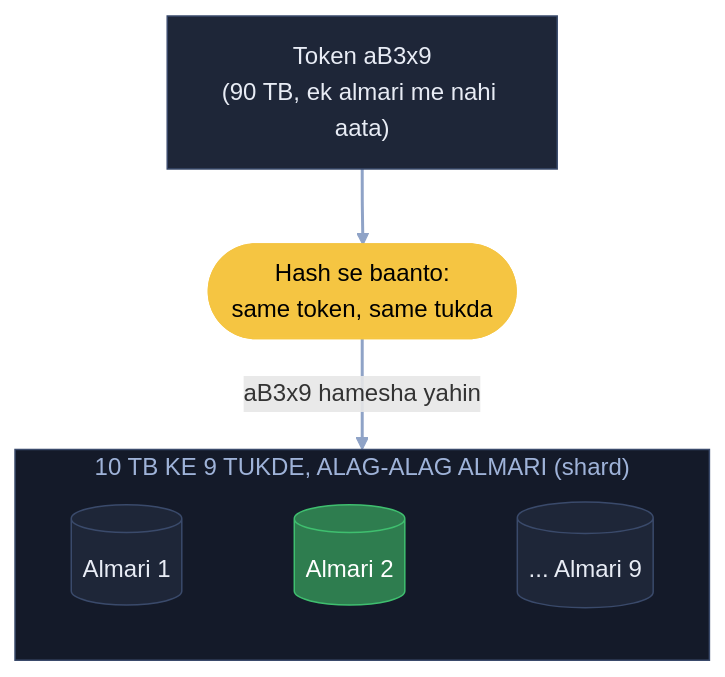
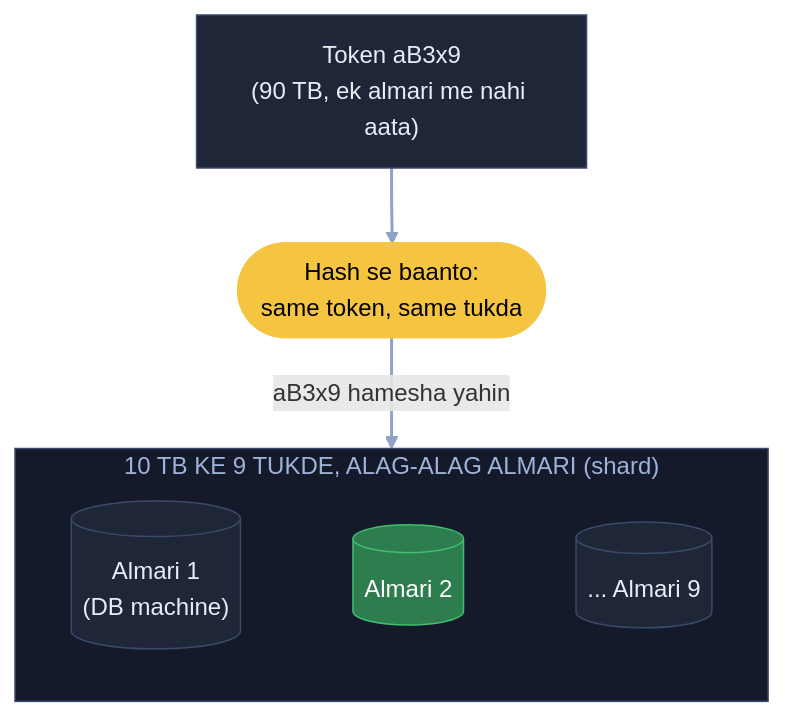
One commit to ArpanMaheshwari144/Prep changed the eighth of 14 diagrams in 04_HLD/SYSTEM_DESIGNS/01_url_shortener/01_url_shortener.md. Above: the diagram before and after it, drawn with Mermaid. The commit also changed other lines of this file and 1 other file, not shown here.

Commit message:
URL main = hand notes + har kadam ka diagram (kahani shabd, bracket me naam); build_main.py se banti

````diff
--- a/04_HLD/SYSTEM_DESIGNS/01_url_shortener/01_url_shortener.md
+++ b/04_HLD/SYSTEM_DESIGNS/01_url_shortener/01_url_shortener.md
@@ -297,21 +280,21 @@
 ```mermaid
 flowchart TB
     T["Token aB3x9<br/>(90 TB, ek almari me nahi aata)"]:::card
     H(["Hash se baanto:<br/>same token, same tukda"]):::pill
     subgraph SH["10 TB KE 9 TUKDE, ALAG-ALAG ALMARI (shard)"]
         direction LR
-        A1[("Almari 1")]:::card
+        A1[("Almari 1<br/>(DB machine)")]:::card
         A2[("Almari 2")]:::good
         A9[("... Almari 9")]:::card
         A1 ~~~ A2 ~~~ A9
     end
     T --> H
     H -- "aB3x9 hamesha yahin" --> A2
     linkStyle default stroke:#8fa3c7,stroke-width:2px
     linkStyle 0,1 stroke-width:0px
     classDef card fill:#1e2638,stroke:#3a4a6b,color:#e8ecf5
     classDef pill fill:#f5c542,stroke:#f5c542,color:#000
     classDef good fill:#2e7d4f,stroke:#3fbf6f,color:#fff
     classDef bad fill:#5c1f24,stroke:#e05561,color:#fff
     style SH fill:#141a29,stroke:#3a4a6b,color:#9fb3d9
 ```
````
